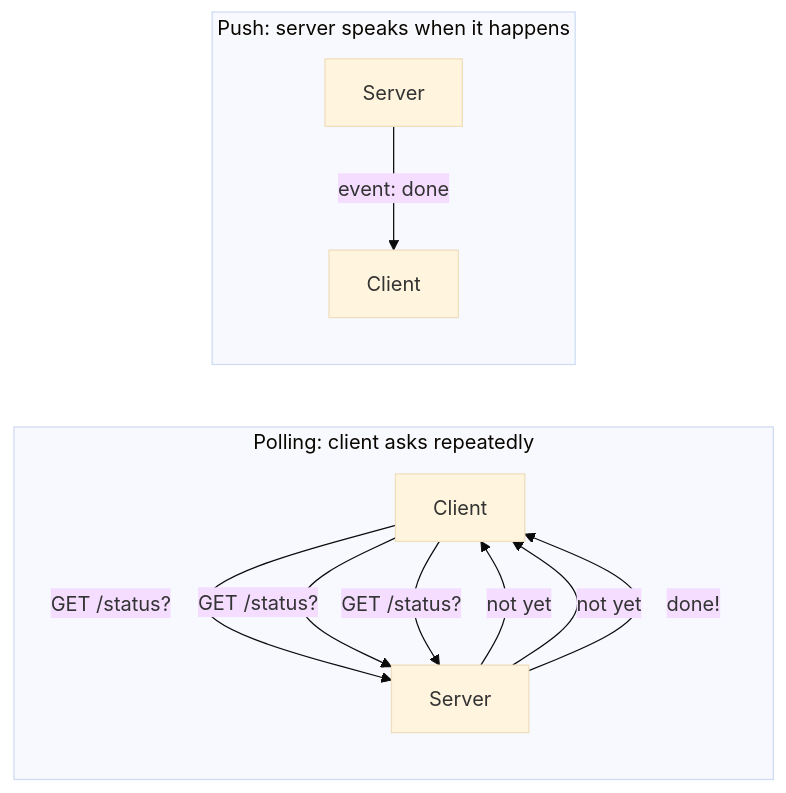
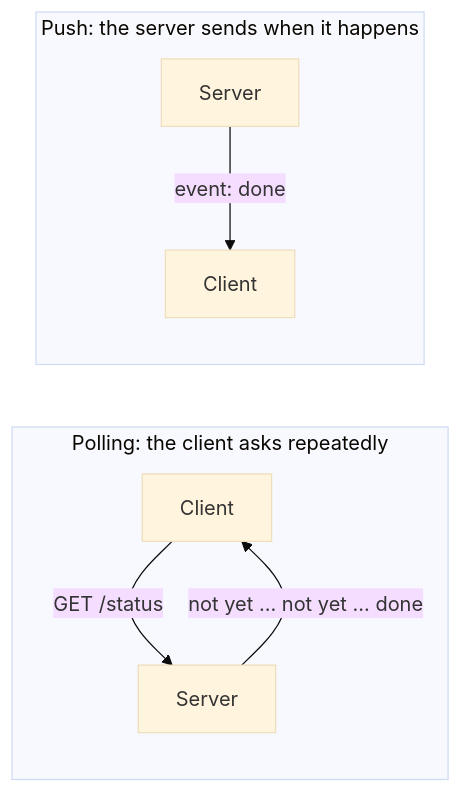
Before and after one commit to AndrewAltimit/Documentation: the first of 10 diagrams in github-pages/docs/api-design/async-and-events.md, drawn with Mermaid (base theme). The commit also changed other lines of this file and 240 other files, not shown here.

````diff
--- a/github-pages/docs/api-design/async-and-events.md
+++ b/github-pages/docs/api-design/async-and-events.md
@@ -36,14 +32,10 @@
 ```mermaid
 flowchart LR
-    subgraph Poll["Polling: client asks repeatedly"]
-      C1["Client"] -->|"GET /status?"| S1["Server"]
-      S1 -->|"not yet"| C1
-      C1 -->|"GET /status?"| S1
-      S1 -->|"not yet"| C1
-      C1 -->|"GET /status?"| S1
-      S1 -->|"done!"| C1
+    subgraph Poll["Polling: the client asks repeatedly"]
+      C1["Client"] -->|"GET /status"| S1["Server"]
+      S1 -->|"not yet ... not yet ... done"| C1
     end
-    subgraph Push["Push: server speaks when it happens"]
+    subgraph Push["Push: the server sends when it happens"]
       S2["Server"] -->|"event: done"| C2["Client"]
     end
 ```
````
